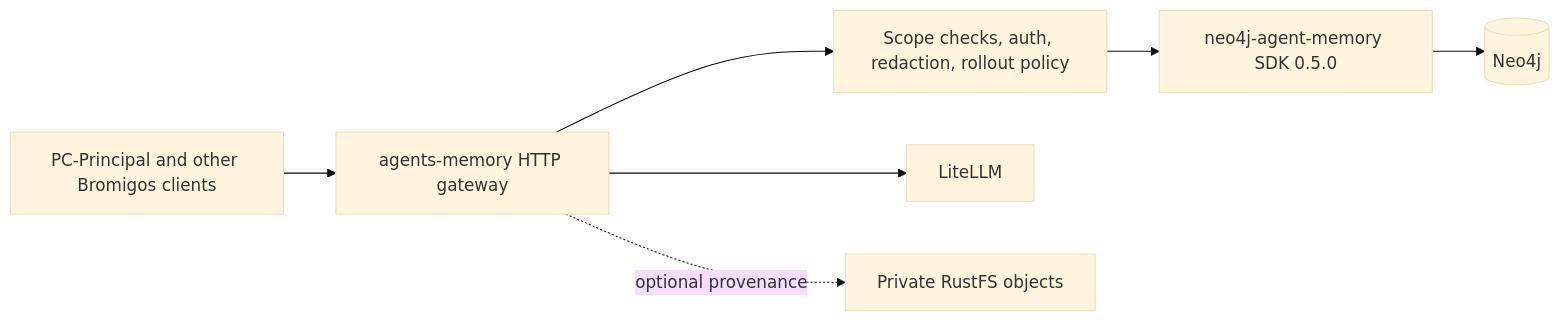
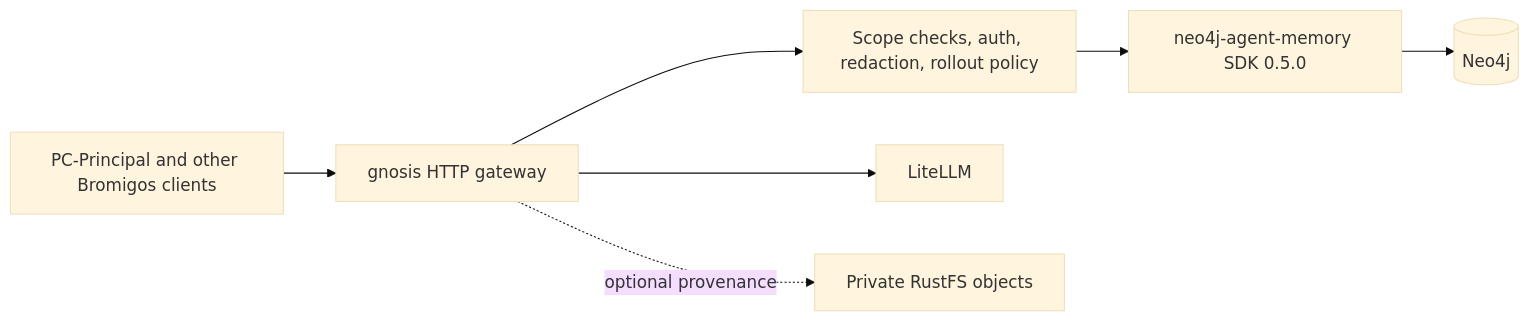
One commit to bromigos-org/gnosis changed the first of 2 diagrams in README.md. Above: the diagram before and after it, drawn with Mermaid (base theme). The commit also changed other lines of this file and 36 other files, not shown here.

First line of the commit message:
refactor(memory): rename gateway package to gnosis

````diff
--- a/README.md
+++ b/README.md
@@ -18,17 +18,17 @@
 ```mermaid
 flowchart LR
     Clients[PC-Principal and other Bromigos clients]
-    Gateway[agents-memory HTTP gateway]
+    Gateway[gnosis HTTP gateway]
     Policy[Scope checks, auth, redaction, rollout policy]
     SDK[neo4j-agent-memory SDK 0.5.0]
     Neo4j[(Neo4j)]
     LiteLLM[LiteLLM]
     RustFS[Private RustFS objects]
 
     Clients --> Gateway
     Gateway --> Policy
     Policy --> SDK
     SDK --> Neo4j
     Gateway --> LiteLLM
     Gateway -. optional provenance .-> RustFS
 ```
````
